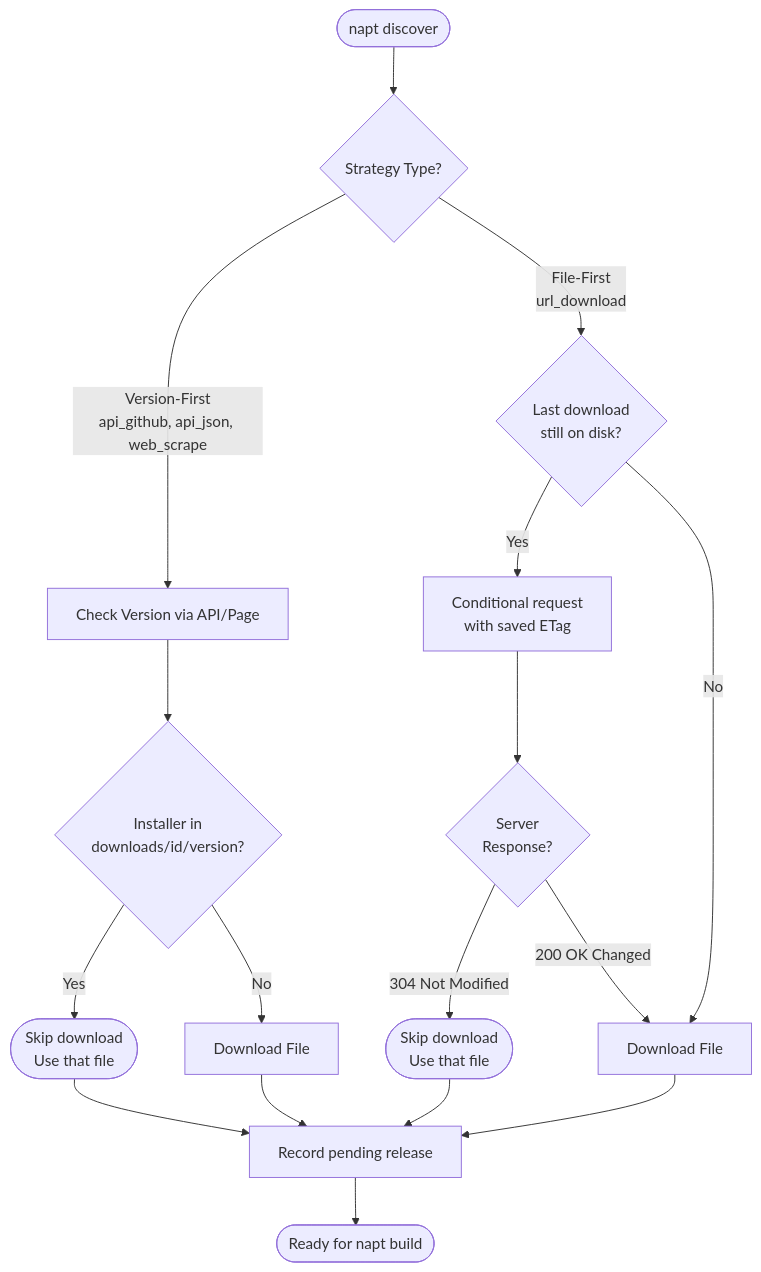
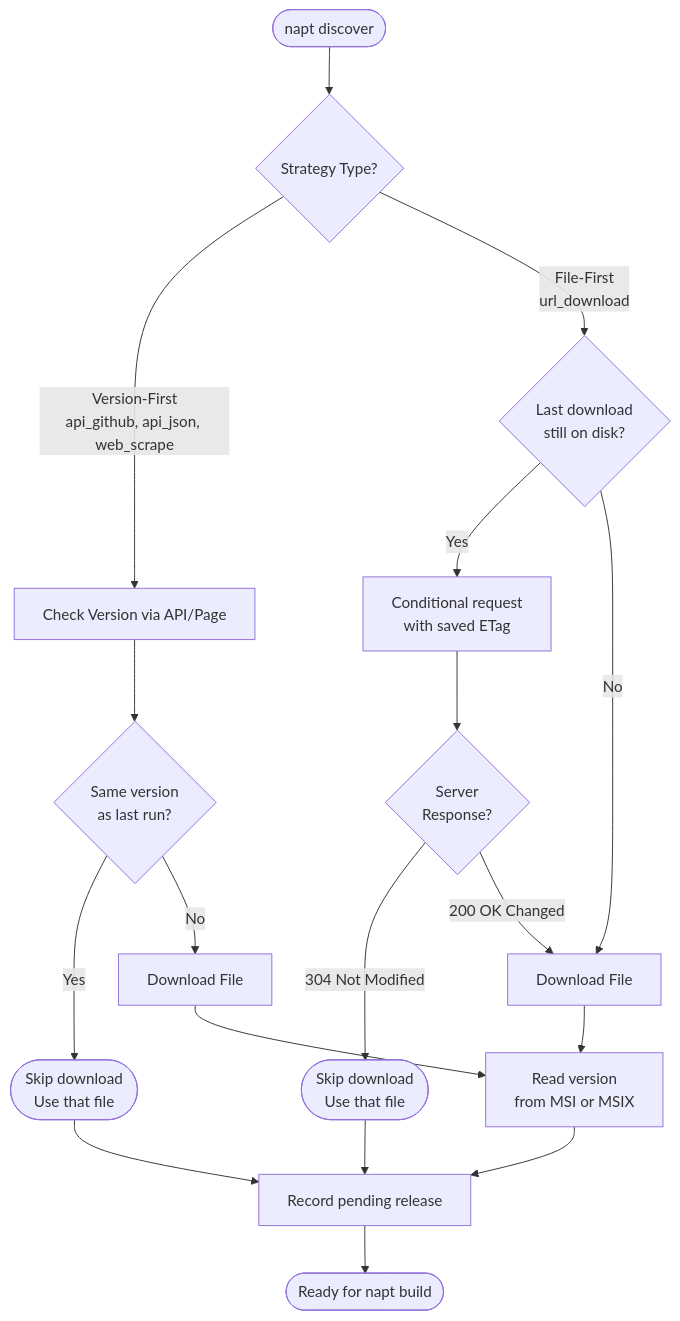
Before and after one commit to RogerCibrian/notapkgtool: the second of 2 diagrams in docs/user-guide.md, drawn with Mermaid. The commit also changed other lines of this file and 16 other files, not shown here.

First line of the commit message:
feat: Record the installer's own version (#132)

````diff
--- a/docs/user-guide.md
+++ b/docs/user-guide.md
@@ -783,23 +783,24 @@
 ```mermaid
 flowchart TD
     Start([napt discover]) --> Strategy{Strategy Type?}
 
     Strategy -->|Version-First<br/>api_github, api_json, web_scrape| CheckVersion[Check Version via API/Page]
     Strategy -->|File-First<br/>url_download| HaveFile{Last download<br/>still on disk?}
 
-    CheckVersion --> FolderHasFile{Installer in<br/>downloads/id/version?}
-    FolderHasFile -->|Yes| Skip1([Skip download<br/>Use that file])
-    FolderHasFile -->|No| Download1[Download File]
+    CheckVersion --> SameVersion{Same version<br/>as last run?}
+    SameVersion -->|Yes| Skip1([Skip download<br/>Use that file])
+    SameVersion -->|No| Download1[Download File]
 
     HaveFile -->|Yes| CheckETag[Conditional request<br/>with saved ETag]
     HaveFile -->|No| Download2[Download File]
     CheckETag --> ETagResponse{Server<br/>Response?}
     ETagResponse -->|304 Not Modified| Skip2([Skip download<br/>Use that file])
     ETagResponse -->|200 OK Changed| Download2
 
-    Download1 --> Pending[Record pending release]
-    Download2 --> Pending
+    Download1 --> ReadVersion[Read version<br/>from MSI or MSIX]
+    Download2 --> ReadVersion
+    ReadVersion --> Pending[Record pending release]
     Skip1 --> Pending
     Skip2 --> Pending
     Pending --> Ready([Ready for napt build])
 ```
````
